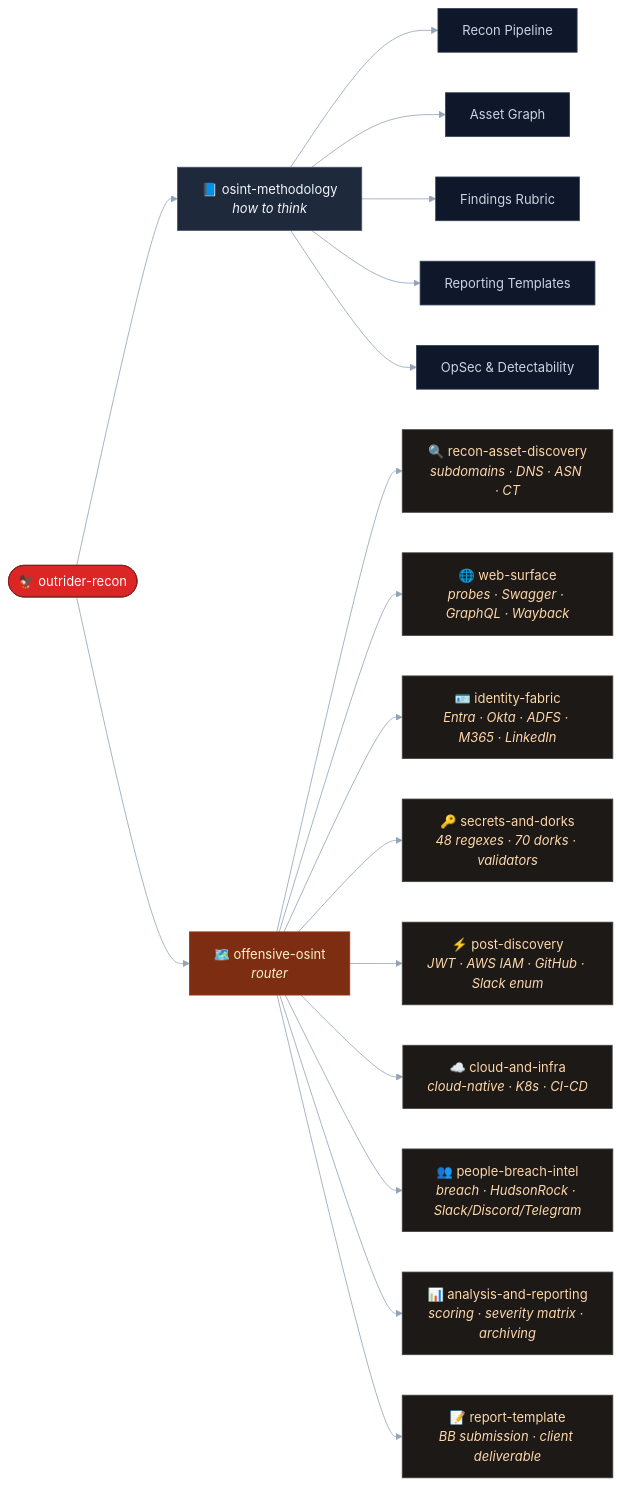
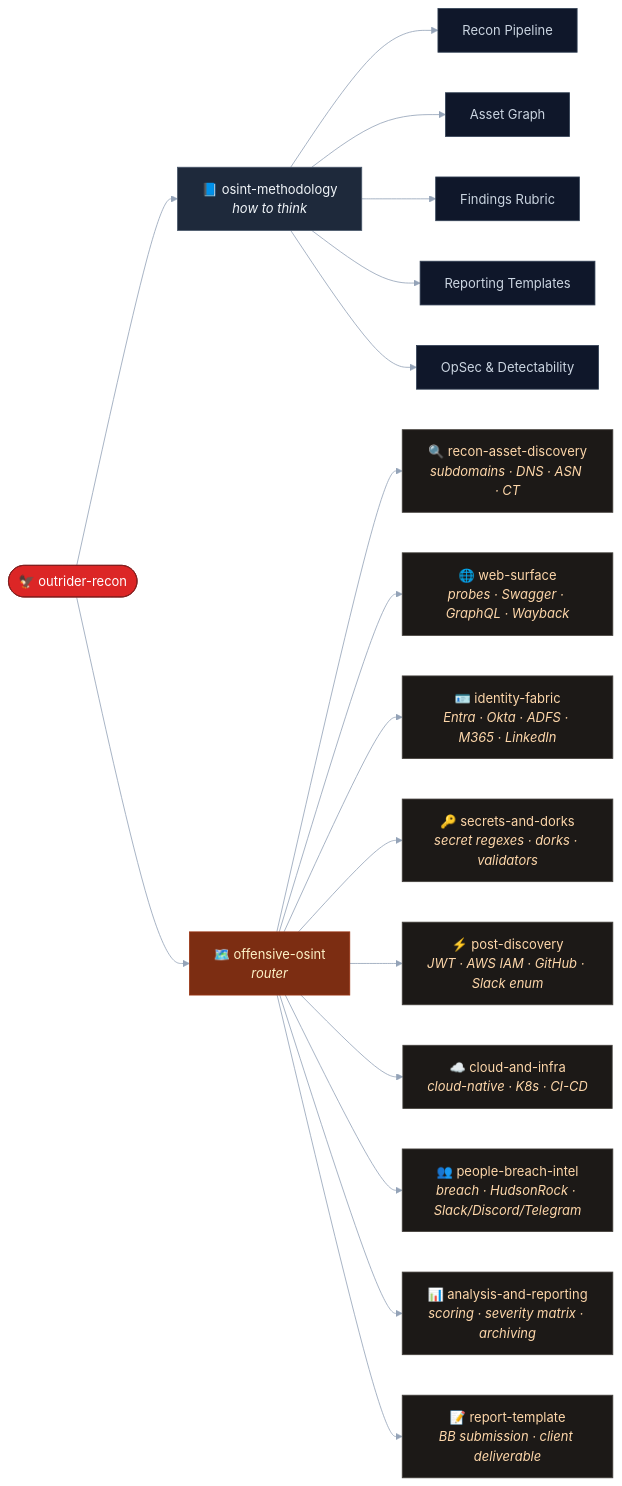
One commit to Ap6pack/outrider-recon changed the eighth of 9 diagrams in docs/architecture.md. Above: the diagram before and after it, drawn with Mermaid. The commit also changed other lines of this file and 5 other files, not shown here.

````diff
--- a/docs/architecture.md
+++ b/docs/architecture.md
@@ -250,42 +250,42 @@
 ```mermaid
 %%{init: {'theme':'base', 'themeVariables': {'primaryColor':'#1e293b','primaryTextColor':'#f1f5f9','primaryBorderColor':'#475569','lineColor':'#94a3b8'}}}%%
 flowchart LR
     Root(["🦅 outrider-recon"])
 
     Root --> M["📘 osint-methodology<br/><i>how to think</i>"]
     Root --> R["🗺️ offensive-osint<br/><i>router</i>"]
 
     M --> M1[Recon Pipeline]
     M --> M2[Asset Graph]
     M --> M3[Findings Rubric]
     M --> M4[Reporting Templates]
     M --> M5[OpSec & Detectability]
 
     R --> S1["🔍 recon-asset-discovery<br/><i>subdomains · DNS · ASN · CT</i>"]
     R --> S2["🌐 web-surface<br/><i>probes · Swagger · GraphQL · Wayback</i>"]
     R --> S3["🪪 identity-fabric<br/><i>Entra · Okta · ADFS · M365 · LinkedIn</i>"]
-    R --> S4["🔑 secrets-and-dorks<br/><i>48 regexes · 70 dorks · validators</i>"]
+    R --> S4["🔑 secrets-and-dorks<br/><i>secret regexes · dorks · validators</i>"]
     R --> S5["⚡ post-discovery<br/><i>JWT · AWS IAM · GitHub · Slack enum</i>"]
     R --> S6["☁️ cloud-and-infra<br/><i>cloud-native · K8s · CI-CD</i>"]
     R --> S7["👥 people-breach-intel<br/><i>breach · HudsonRock · Slack/Discord/Telegram</i>"]
     R --> S8["📊 analysis-and-reporting<br/><i>scoring · severity matrix · archiving</i>"]
     R --> S9["📝 report-template<br/><i>BB submission · client deliverable</i>"]
 
     style Root fill:#dc2626,stroke:#7f1d1d,color:#fff
     style M fill:#1e293b,stroke:#475569,color:#f1f5f9
     style R fill:#7c2d12,stroke:#9a3412,color:#fef3c7
     style M1 fill:#0f172a,stroke:#334155,color:#cbd5e1
     style M2 fill:#0f172a,stroke:#334155,color:#cbd5e1
     style M3 fill:#0f172a,stroke:#334155,color:#cbd5e1
     style M4 fill:#0f172a,stroke:#334155,color:#cbd5e1
     style M5 fill:#0f172a,stroke:#334155,color:#cbd5e1
     style S1 fill:#1c1917,stroke:#44403c,color:#fed7aa
     style S2 fill:#1c1917,stroke:#44403c,color:#fed7aa
     style S3 fill:#1c1917,stroke:#44403c,color:#fed7aa
     style S4 fill:#1c1917,stroke:#44403c,color:#fed7aa
     style S5 fill:#1c1917,stroke:#44403c,color:#fed7aa
     style S6 fill:#1c1917,stroke:#44403c,color:#fed7aa
     style S7 fill:#1c1917,stroke:#44403c,color:#fed7aa
     style S8 fill:#1c1917,stroke:#44403c,color:#fed7aa
     style S9 fill:#1c1917,stroke:#44403c,color:#fed7aa
 ```
````
